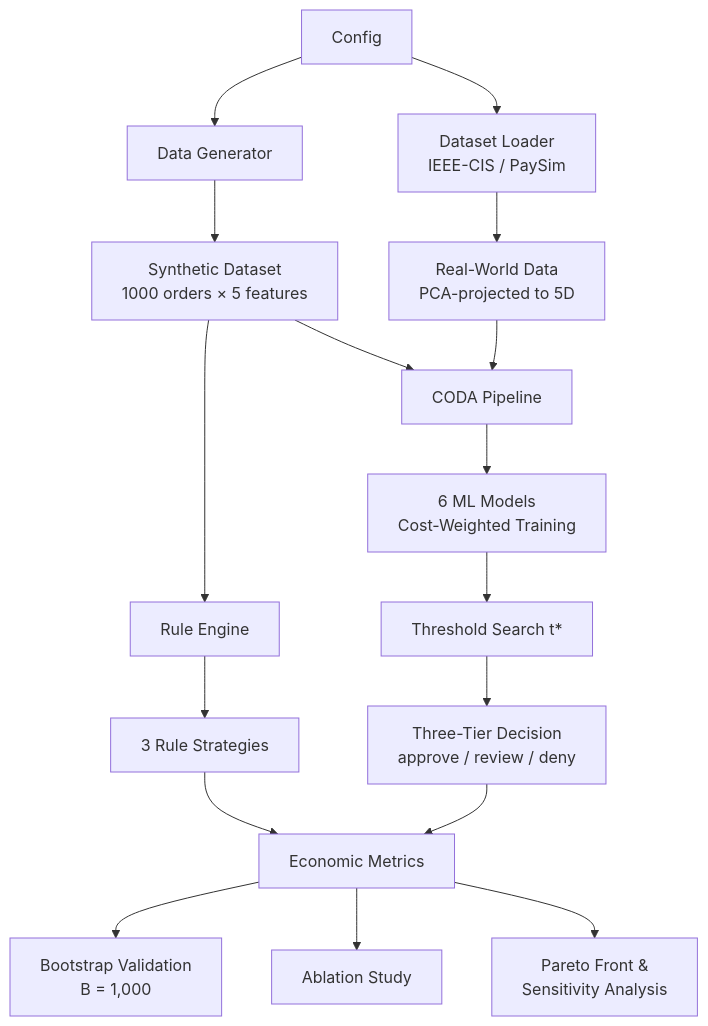
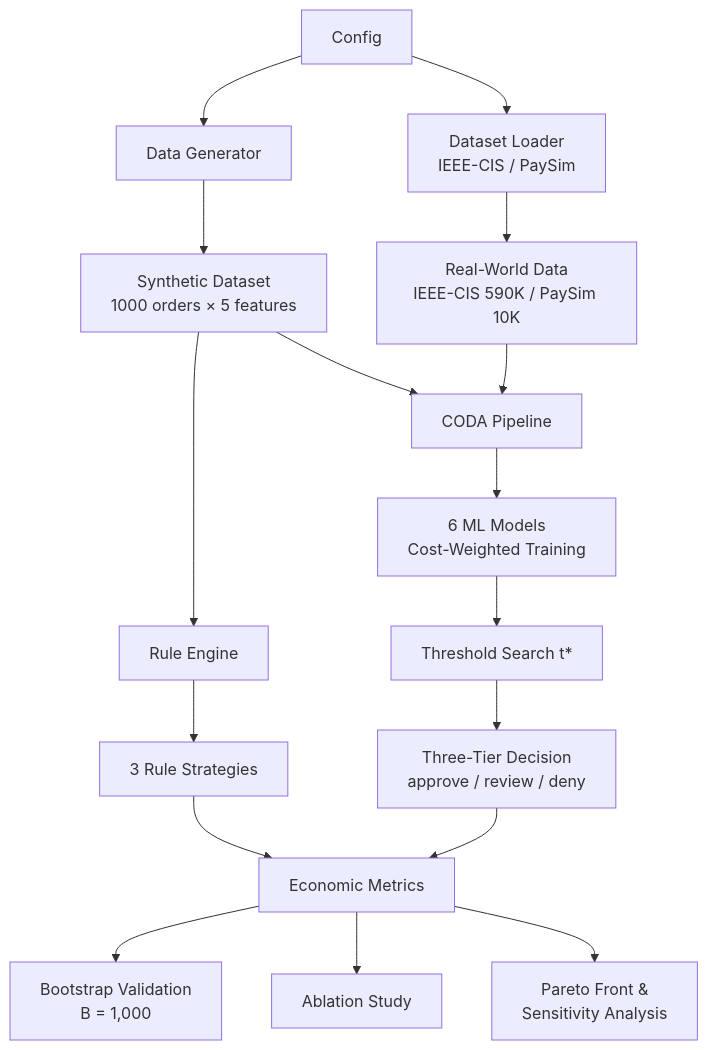
Before and after one commit to keshavanand2025/refund-decision-simulator: the diagram in README.md, drawn with Mermaid. The commit also changed other lines of this file, not shown here.

Commit message:
README: fix 7 inconsistencies - add CODA+, CHL-LightGBM, update architecture diagram, fix citation title

````diff
--- a/README.md
+++ b/README.md
@@ -28,19 +28,19 @@
 ```mermaid
 graph TD
     A[Config] --> B[Data Generator]
     A --> B2[Dataset Loader<br/>IEEE-CIS / PaySim]
     B --> C[Synthetic Dataset<br/>1000 orders × 5 features]
-    B2 --> C2[Real-World Data<br/>PCA-projected to 5D]
+    B2 --> C2[Real-World Data<br/>IEEE-CIS 590K / PaySim 10K]
     C --> D[Rule Engine]
     C --> E[CODA Pipeline]
     C2 --> E
     D --> F[3 Rule Strategies]
     E --> G[6 ML Models<br/>Cost-Weighted Training]
     G --> G2[Threshold Search t*]
     G2 --> G3[Three-Tier Decision<br/>approve / review / deny]
     F --> H[Economic Metrics]
     G3 --> H
     H --> I[Bootstrap Validation<br/>B = 1,000]
     H --> J[Ablation Study]
     H --> K[Pareto Front &<br/>Sensitivity Analysis]
 ```
````
